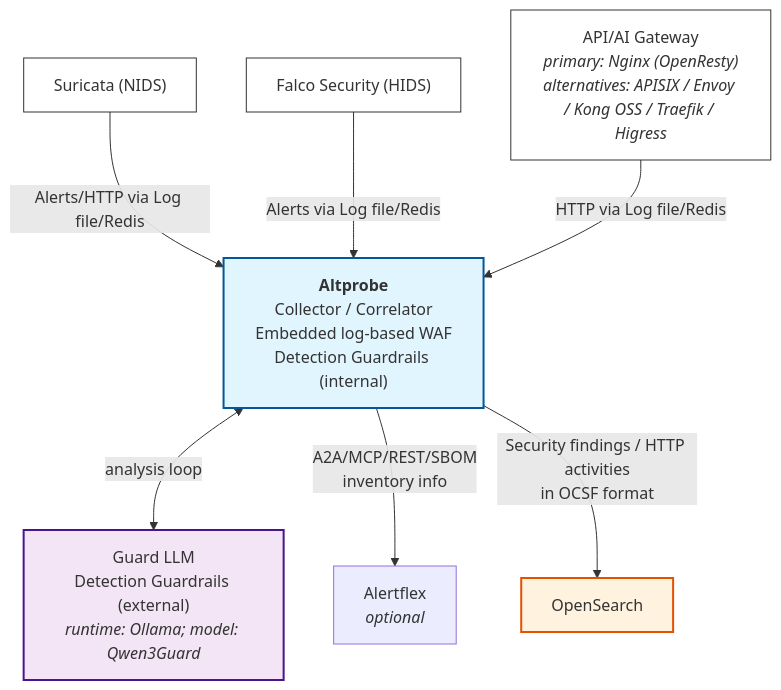
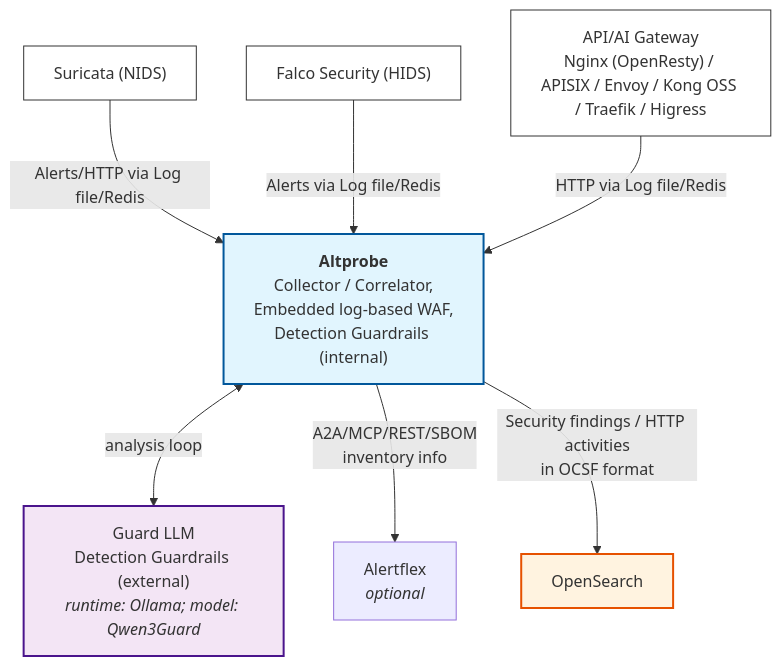
The second of 2 diagrams in README.md (olegzhr/altprobe), drawn with Mermaid before and after one commit. The commit also changed other lines of this file, not shown here.

````diff
--- a/README.md
+++ b/README.md
@@ -62,32 +62,32 @@
 ```mermaid
 flowchart TD
     NIDS["Suricata (NIDS)"]
     HIDS["Falco Security (HIDS)"]
-    Proxy["API/AI Gateway<br/><i>primary: Nginx (OpenResty)</i><br/><i>alternatives: APISIX / Envoy / Kong OSS / Traefik / Higress</i>"]
+    Proxy["API/AI Gateway<br/>Nginx (OpenResty) / APISIX / Envoy / Kong OSS / Traefik / Higress"]
 
-    Altprobe["<b>Altprobe</b><br/>Collector / Correlator<br/>Embedded log-based WAF<br/>Detection Guardrails (internal)"]
+    Altprobe["<b>Altprobe</b><br/>Collector / Correlator,<br/>Embedded log-based WAF,<br/>Detection Guardrails (internal)"]
 
     GLLM["Guard LLM<br/>Detection Guardrails (external)<br/><i>runtime: Ollama; model: Qwen3Guard</i>"]
     Alertflex["Alertflex<br/><i>optional</i>"]
     OpenSearch["OpenSearch"]
 
     NIDS -->|Alerts/HTTP via Log file/Redis| Altprobe
     HIDS -->|Alerts via Log file/Redis| Altprobe
     Proxy -->|HTTP via Log file/Redis| Altprobe
 
     Altprobe <-->|analysis loop| GLLM
     Altprobe -->|A2A/MCP/REST/SBOM<br/>inventory info| Alertflex
     Altprobe -->|Security findings / HTTP activities<br/>in OCSF format| OpenSearch
 
     classDef source fill:#ffffff,stroke:#333,stroke-width:1px
     classDef core fill:#e1f5fe,stroke:#01579b,stroke-width:2px
     classDef downstream fill:#f3e5f5,stroke:#4a148c,stroke-width:2px
     classDef store fill:#fff3e0,stroke:#e65100,stroke-width:2px
     classDef optional stroke-dasharray: 5 5
 
     class NIDS,HIDS,Proxy source
     class Altprobe core
     class GLLM downstream
     class Alertflex downstream,optional
     class OpenSearch store
 ```
````
